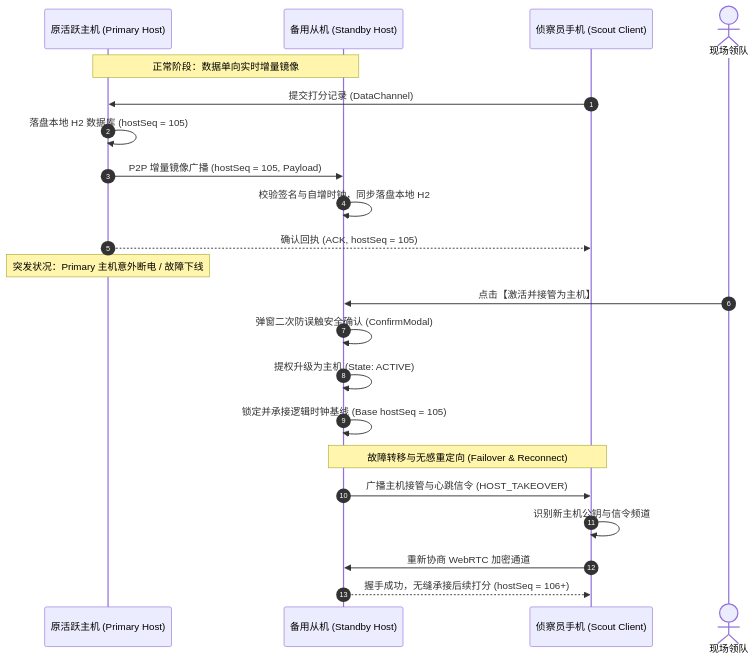
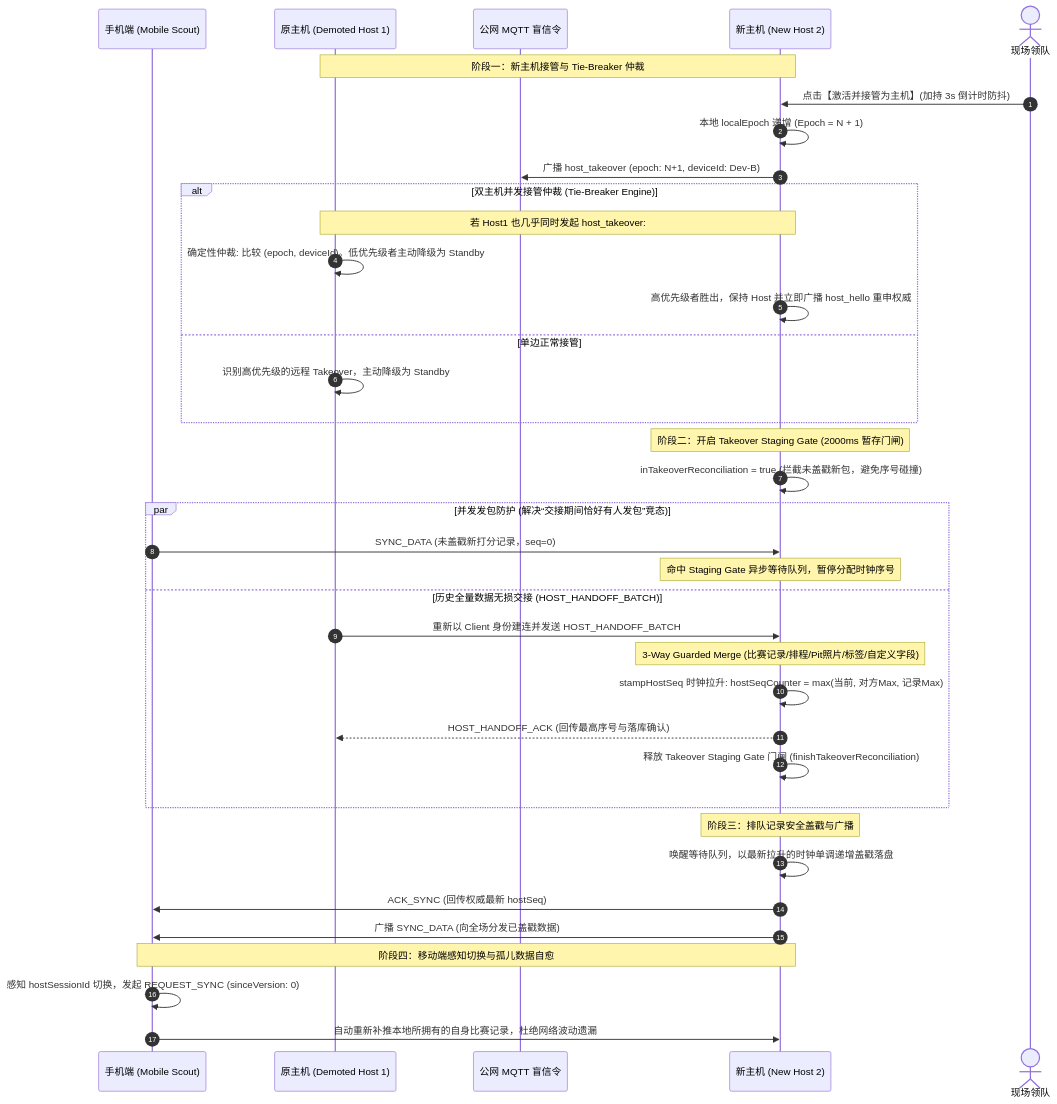
The fourth of 5 diagrams in README.md (Lucalmz/ScoutingPro27), drawn with Mermaid before and after one commit. The commit also changed other lines of this file and 33 other files, not shown here.

First line of the commit message:
feat(sync/pwa): implement host takeover handoff, single-entry event deletion, deep cache flush, and bilingual documentation

````diff
--- a/README.md
+++ b/README.md
@@ -413,27 +439,45 @@
 ```mermaid
 sequenceDiagram
     autonumber
-    participant Host1 as 原活跃主机 (Primary Host)
-    participant Standby as 备用从机 (Standby Host)
-    participant Scout as 侦察员手机 (Scout Client)
+    participant Scout as 手机端 (Mobile Scout)
+    participant Host1 as 原主机 (Demoted Host 1)
+    participant Signaling as 公网 MQTT 盲信令
+    participant Host2 as 新主机 (New Host 2)
     actor Lead as 现场领队
 
-    Note over Host1,Standby: 正常阶段：数据单向实时增量镜像
-    Scout->>Host1: 提交打分记录 (DataChannel)
-    Host1->>Host1: 落盘本地 H2 数据库 (hostSeq = 105)
-    Host1->>Standby: P2P 增量镜像广播 (hostSeq = 105, Payload)
-    Standby->>Standby: 校验签名与自增时钟，同步落盘本地 H2
-    Host1-->>Scout: 确认回执 (ACK, hostSeq = 105)
+    Note over Host1,Host2: 阶段一：新主机接管与 Tie-Breaker 仲裁
+    Lead->>Host2: 点击【激活并接管为主机】(加持 3s 倒计时防抖)
+    Host2->>Host2: 本地 localEpoch 递增 (Epoch = N + 1)
+    Host2->>Signaling: 广播 host_takeover (epoch: N+1, deviceId: Dev-B)
+    
+    alt 双主机并发接管仲裁 (Tie-Breaker Engine)
+        Note over Host1,Host2: 若 Host1 也几乎同时发起 host_takeover:
+        Host1->>Host1: 确定性仲裁: 比较 (epoch, deviceId)。低优先级者主动降级为 Standby
+        Host2->>Host2: 高优先级者胜出，保持 Host 并立即广播 host_hello 重申权威
+    else 单边正常接管
+        Host1->>Host1: 识别高优先级的远程 Takeover，主动降级为 Standby
+    end
 
-    Note over Host1: 突发状况：Primary 主机意外断电 / 故障下线
-    Lead->>Standby: 点击【激活并接管为主机】
-    Standby->>Standby: 弹窗二次防误触安全确认 (ConfirmModal)
-    Standby->>Standby: 提权升级为主机 (State: ACTIVE)
-    Standby->>Standby: 锁定并承接逻辑时钟基线 (Base hostSeq = 105)
+    Note over Host2: 阶段二：开启 Takeover Staging Gate (2000ms 暂存门闸)
+    Host2->>Host2: inTakeoverReconciliation = true (拦截未盖戳新包，避免序号碰撞)
 
-    Note over Standby,Scout: 故障转移与无感重定向 (Failover & Reconnect)
-    Standby->>Scout: 广播主机接管与心跳信令 (HOST_TAKEOVER)
-    Scout->>Scout: 识别新主机公钥与信令频道
-    Scout->>Standby: 重新协商 WebRTC 加密通道
-    Standby-->>Scout: 握手成功，无缝承接后续打分 (hostSeq = 106+)
+    par 并发发包防护 (解决“交接期间恰好有人发包”竞态)
+        Scout->>Host2: SYNC_DATA (未盖戳新打分记录，seq=0)
+        Note over Host2: 命中 Staging Gate 异步等待队列，暂停分配时钟序号
+    and 历史全量数据无损交接 (HOST_HANDOFF_BATCH)
+        Host1->>Host2: 重新以 Client 身份建连并发送 HOST_HANDOFF_BATCH
+        Note over Host2: 3-Way Guarded Merge (比赛记录/排程/Pit照片/标签/自定义字段)
+        Host2->>Host2: stampHostSeq 时钟拉升: hostSeqCounter = max(当前, 对方Max, 记录Max)
+        Host2-->>Host1: HOST_HANDOFF_ACK (回传最高序号与落库确认)
+        Host2->>Host2: 释放 Takeover Staging Gate 门闸 (finishTakeoverReconciliation)
+    end
+
+    Note over Host2: 阶段三：排队记录安全盖戳与广播
+    Host2->>Host2: 唤醒等待队列，以最新拉升的时钟单调递增盖戳落盘
+    Host2->>Scout: ACK_SYNC (回传权威最新 hostSeq)
+    Host2->>Scout: 广播 SYNC_DATA (向全场分发已盖戳数据)
+
+    Note over Scout,Host2: 阶段四：移动端感知切换与孤儿数据自愈
+    Scout->>Scout: 感知 hostSessionId 切换，发起 REQUEST_SYNC (sinceVersion: 0)
+    Scout->>Host2: 自动重新补推本地所拥有的自身比赛记录，杜绝网络波动遗漏
 ```
````
